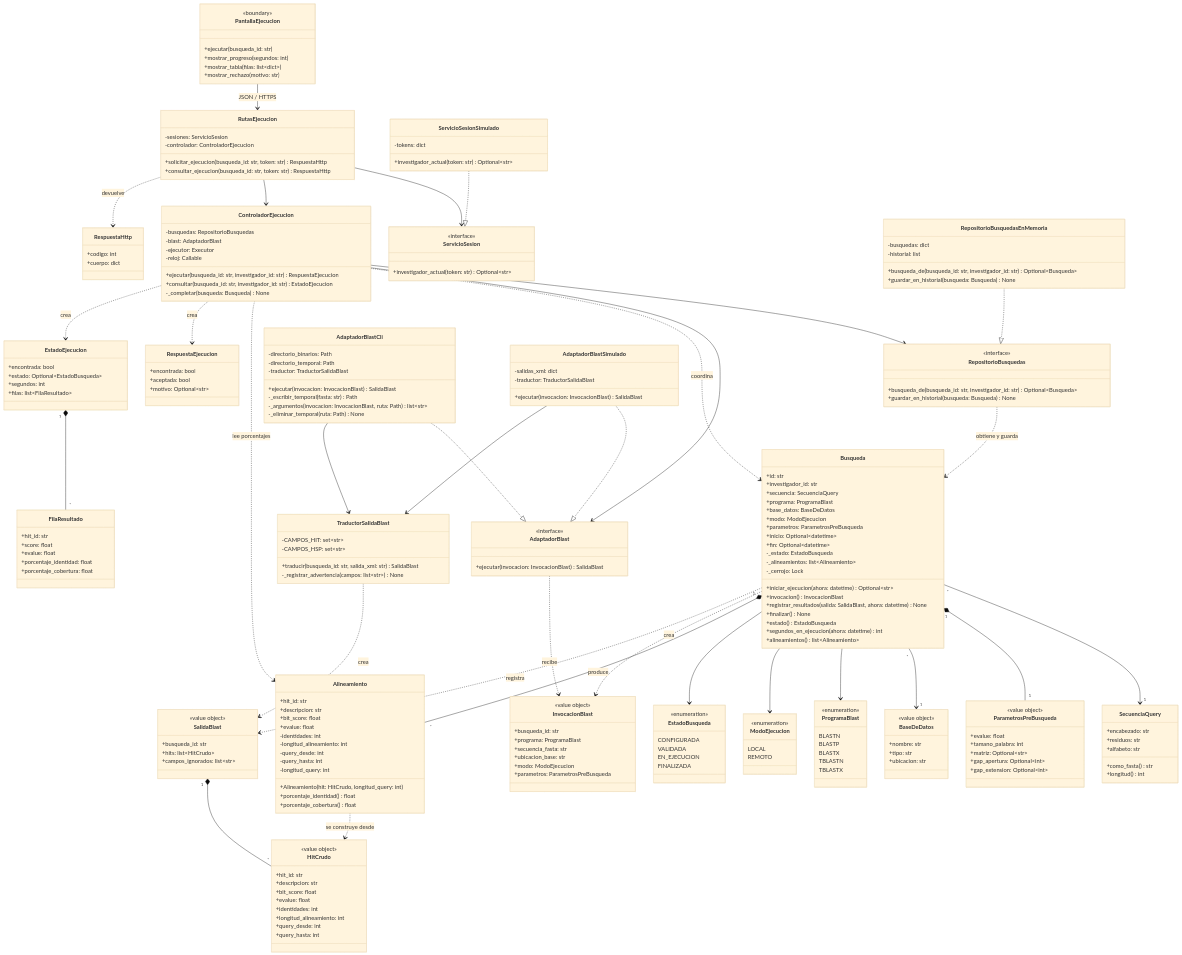
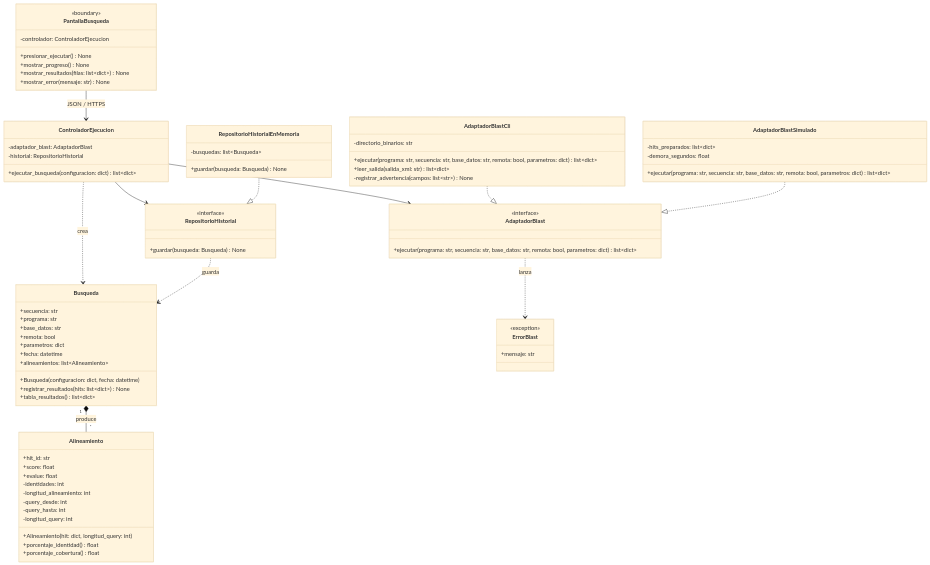
Before and after one commit to agwursten/Secondary-Repo-GUI-Blast: the sixth of 6 diagrams in docs/design/diseno-detallado.md, drawn with Mermaid (base theme). The commit also changed other lines of this file and 2 other files, not shown here.

````diff
--- a/docs/design/diseno-detallado.md
+++ b/docs/design/diseno-detallado.md
@@ -535,235 +395,85 @@
 classDiagram
     direction TB
 
-    class PantallaEjecucion {
+    class PantallaBusqueda {
         <<boundary>>
-        +ejecutar(busqueda_id: str)
-        +mostrar_progreso(segundos: int)
-        +mostrar_tabla(filas: list~dict~)
-        +mostrar_rechazo(motivo: str)
-    }
-
-    class RutasEjecucion {
-        -sesiones: ServicioSesion
         -controlador: ControladorEjecucion
-        +solicitar_ejecucion(busqueda_id: str, token: str) RespuestaHttp
-        +consultar_ejecucion(busqueda_id: str, token: str) RespuestaHttp
-    }
-    class RespuestaHttp {
-        +codigo: int
-        +cuerpo: dict
-    }
-
-    class ServicioSesion {
-        <<interface>>
-        +investigador_actual(token: str) Optional~str~
-    }
-    class ServicioSesionSimulado {
-        -tokens: dict
-        +investigador_actual(token: str) Optional~str~
+        +presionar_ejecutar() None
+        +mostrar_progreso() None
+        +mostrar_resultados(filas: list~dict~) None
+        +mostrar_error(mensaje: str) None
     }
 
     class ControladorEjecucion {
-        -busquedas: RepositorioBusquedas
-        -blast: AdaptadorBlast
-        -ejecutor: Executor
-        -reloj: Callable
-        +ejecutar(busqueda_id: str, investigador_id: str) RespuestaEjecucion
-        +consultar(busqueda_id: str, investigador_id: str) EstadoEjecucion
-        -_completar(busqueda: Busqueda) None
-    }
-    class RespuestaEjecucion {
-        +encontrada: bool
-        +aceptada: bool
-        +motivo: Optional~str~
-    }
-    class EstadoEjecucion {
-        +encontrada: bool
-        +estado: Optional~EstadoBusqueda~
-        +segundos: int
-        +filas: list~FilaResultado~
-    }
-    class FilaResultado {
-        +hit_id: str
-        +score: float
-        +evalue: float
-        +porcentaje_identidad: float
-        +porcentaje_cobertura: float
-    }
-
-    class RepositorioBusquedas {
-        <<interface>>
-        +busqueda_de(busqueda_id: str, investigador_id: str) Optional~Busqueda~
-        +guardar_en_historial(busqueda: Busqueda) None
-    }
-    class RepositorioBusquedasEnMemoria {
-        -busquedas: dict
-        -historial: list
-        +busqueda_de(busqueda_id: str, investigador_id: str) Optional~Busqueda~
-        +guardar_en_historial(busqueda: Busqueda) None
-    }
-
-    class AdaptadorBlast {
-        <<interface>>
-        +ejecutar(invocacion: InvocacionBlast) SalidaBlast
-    }
-    class AdaptadorBlastCli {
-        -directorio_binarios: Path
-        -directorio_temporal: Path
-        -traductor: TraductorSalidaBlast
-        +ejecutar(invocacion: InvocacionBlast) SalidaBlast
-        -_escribir_temporal(fasta: str) Path
-        -_argumentos(invocacion: InvocacionBlast, ruta: Path) list~str~
-        -_eliminar_temporal(ruta: Path) None
-    }
-    class AdaptadorBlastSimulado {
-        -salidas_xml: dict
-        -traductor: TraductorSalidaBlast
-        +ejecutar(invocacion: InvocacionBlast) SalidaBlast
-    }
-    class TraductorSalidaBlast {
-        -CAMPOS_HIT: set~str~
-        -CAMPOS_HSP: set~str~
-        +traducir(busqueda_id: str, salida_xml: str) SalidaBlast
-        -_registrar_advertencia(campos: list~str~) None
+        -adaptador_blast: AdaptadorBlast
+        -historial: RepositorioHistorial
+        +ejecutar_busqueda(configuracion: dict) list~dict~
     }
 
     class Busqueda {
-        +id: str
-        +investigador_id: str
-        +secuencia: SecuenciaQuery
-        +programa: ProgramaBlast
-        +base_datos: BaseDeDatos
-        +modo: ModoEjecucion
-        +parametros: ParametrosPreBusqueda
-        +inicio: Optional~datetime~
-        +fin: Optional~datetime~
-        -_estado: EstadoBusqueda
-        -_alineamientos: list~Alineamiento~
-        -_cerrojo: Lock
-        +iniciar_ejecucion(ahora: datetime) Optional~str~
-        +invocacion() InvocacionBlast
-        +registrar_resultados(salida: SalidaBlast, ahora: datetime) None
-        +finalizar() None
-        +estado() EstadoBusqueda
-        +segundos_en_ejecucion(ahora: datetime) int
-        +alineamientos() list~Alineamiento~
+        +secuencia: str
+        +programa: str
+        +base_datos: str
+        +remota: bool
+        +parametros: dict
+        +fecha: datetime
+        +alineamientos: list~Alineamiento~
+        +Busqueda(configuracion: dict, fecha: datetime)
+        +registrar_resultados(hits: list~dict~) None
+        +tabla_resultados() list~dict~
     }
-    class SecuenciaQuery {
-        +encabezado: str
-        +residuos: str
-        +alfabeto: str
-        +como_fasta() str
-        +longitud() int
-    }
-    class ParametrosPreBusqueda {
-        <<value object>>
-        +evalue: float
-        +tamano_palabra: int
-        +matriz: Optional~str~
-        +gap_apertura: Optional~int~
-        +gap_extension: Optional~int~
-    }
-    class BaseDeDatos {
-        <<value object>>
-        +nombre: str
-        +tipo: str
-        +ubicacion: str
-    }
-    class ProgramaBlast {
-        <<enumeration>>
-        BLASTN
-        BLASTP
-        BLASTX
-        TBLASTN
-        TBLASTX
-    }
-    class ModoEjecucion {
-        <<enumeration>>
-        LOCAL
-        REMOTO
-    }
-    class EstadoBusqueda {
-        <<enumeration>>
-        CONFIGURADA
-        VALIDADA
-        EN_EJECUCION
-        FINALIZADA
-    }
+
     class Alineamiento {
         +hit_id: str
-        +descripcion: str
-        +bit_score: float
+        +score: float
         +evalue: float
         -identidades: int
         -longitud_alineamiento: int
         -query_desde: int
         -query_hasta: int
         -longitud_query: int
-        +Alineamiento(hit: HitCrudo, longitud_query: int)
+        +Alineamiento(hit: dict, longitud_query: int)
         +porcentaje_identidad() float
         +porcentaje_cobertura() float
     }
-    class InvocacionBlast {
-        <<value object>>
-        +busqueda_id: str
-        +programa: ProgramaBlast
-        +secuencia_fasta: str
-        +ubicacion_base: str
-        +modo: ModoEjecucion
-        +parametros: ParametrosPreBusqueda
+
+    class AdaptadorBlast {
+        <<interface>>
+        +ejecutar(programa: str, secuencia: str, base_datos: str, remota: bool, parametros: dict) list~dict~
     }
-    class SalidaBlast {
-        <<value object>>
-        +busqueda_id: str
-        +hits: list~HitCrudo~
-        +campos_ignorados: list~str~
+    class AdaptadorBlastCli {
+        -directorio_binarios: str
+        +ejecutar(programa: str, secuencia: str, base_datos: str, remota: bool, parametros: dict) list~dict~
+        +leer_salida(salida_xml: str) list~dict~
+        -registrar_advertencia(campos: list~str~) None
     }
-    class HitCrudo {
-        <<value object>>
-        +hit_id: str
-        +descripcion: str
-        +bit_score: float
-        +evalue: float
-        +identidades: int
-        +longitud_alineamiento: int
-        +query_desde: int
-        +query_hasta: int
+    class AdaptadorBlastSimulado {
+        -hits_preparados: list~dict~
+        -demora_segundos: float
+        +ejecutar(programa: str, secuencia: str, base_datos: str, remota: bool, parametros: dict) list~dict~
+    }
+    class ErrorBlast {
+        <<exception>>
+        +mensaje: str
     }
 
-    PantallaEjecucion --> RutasEjecucion : JSON / HTTPS
-    RutasEjecucion --> ServicioSesion
-    RutasEjecucion --> ControladorEjecucion
-    RutasEjecucion ..> RespuestaHttp : devuelve
-    ServicioSesionSimulado ..|> ServicioSesion
+    class RepositorioHistorial {
+        <<interface>>
+        +guardar(busqueda: Busqueda) None
+    }
+    class RepositorioHistorialEnMemoria {
+        -busquedas: list~Busqueda~
+        +guardar(busqueda: Busqueda) None
+    }
 
-    ControladorEjecucion --> RepositorioBusquedas
+    PantallaBusqueda --> ControladorEjecucion : JSON / HTTPS
     ControladorEjecucion --> AdaptadorBlast
-    ControladorEjecucion ..> Busqueda : coordina
-    ControladorEjecucion ..> Alineamiento : lee porcentajes
-    ControladorEjecucion ..> RespuestaEjecucion : crea
-    ControladorEjecucion ..> EstadoEjecucion : crea
-    EstadoEjecucion "1" *-- "*" FilaResultado
-
-    RepositorioBusquedasEnMemoria ..|> RepositorioBusquedas
-    RepositorioBusquedas ..> Busqueda : obtiene y guarda
-
+    ControladorEjecucion --> RepositorioHistorial
+    ControladorEjecucion ..> Busqueda : crea
+    Busqueda "1" *-- "*" Alineamiento : produce
     AdaptadorBlastCli ..|> AdaptadorBlast
     AdaptadorBlastSimulado ..|> AdaptadorBlast
-    AdaptadorBlastCli --> TraductorSalidaBlast
-    AdaptadorBlastSimulado --> TraductorSalidaBlast
-    AdaptadorBlast ..> InvocacionBlast : recibe
-    TraductorSalidaBlast ..> SalidaBlast : crea
-
-    Busqueda "*" --> "1" SecuenciaQuery
-    Busqueda "1" *-- "1" ParametrosPreBusqueda
-    Busqueda "*" --> "1" BaseDeDatos
-    Busqueda --> ProgramaBlast
-    Busqueda --> ModoEjecucion
-    Busqueda --> EstadoBusqueda
-    Busqueda "1" *-- "*" Alineamiento : produce
-    Busqueda ..> InvocacionBlast : crea
-    Busqueda ..> SalidaBlast : registra
-    SalidaBlast "1" *-- "*" HitCrudo
-    Alineamiento ..> HitCrudo : se construye desde
+    AdaptadorBlast ..> ErrorBlast : lanza
+    RepositorioHistorialEnMemoria ..|> RepositorioHistorial
+    RepositorioHistorial ..> Busqueda : guarda
 ```
````
